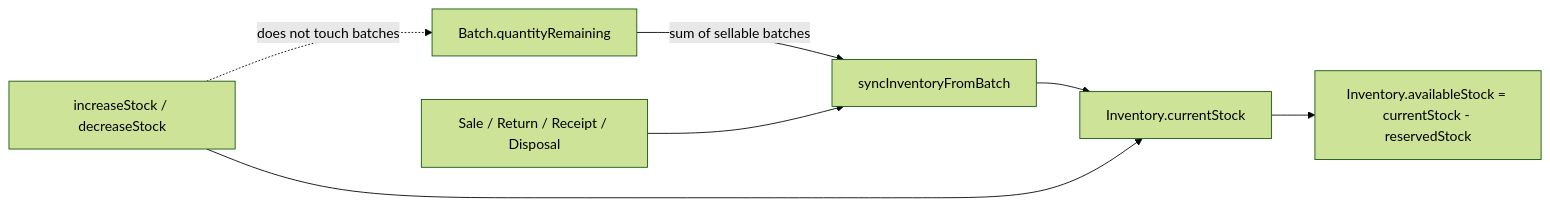
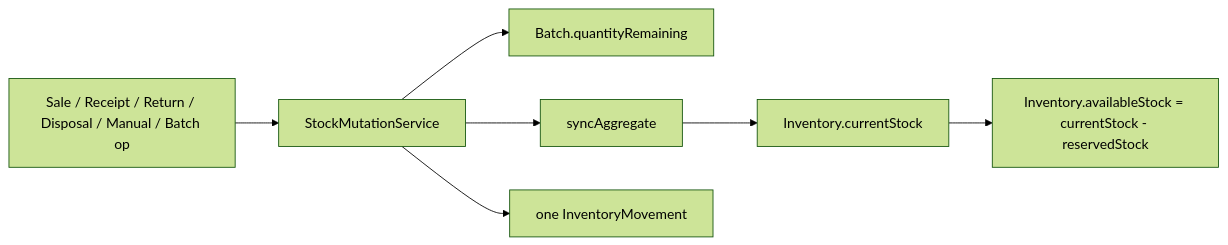
One commit to aabhushanCD/spims changed the fifth of 8 diagrams in server/docs/architecture/data-flow.md. Above: the diagram before and after it, drawn with Mermaid (forest theme). The commit also changed other lines of this file and 16 other files, not shown here.

First line of the commit message:
docs: document the Phase 2 stock write path

````diff
--- a/server/docs/architecture/data-flow.md
+++ b/server/docs/architecture/data-flow.md
@@ -167,9 +167,9 @@
 ```mermaid
 flowchart LR
-  Batch["Batch.quantityRemaining"] -->|"sum of sellable batches"| Sync["syncInventoryFromBatch"]
+  Write["Sale / Receipt / Return / Disposal / Manual / Batch op"] --> SM["StockMutationService"]
+  SM --> Batch["Batch.quantityRemaining"]
+  SM --> Sync["syncAggregate"]
   Sync --> Inv["Inventory.currentStock"]
   Inv --> Avail["Inventory.availableStock = currentStock - reservedStock"]
-  Sale["Sale / Return / Receipt / Disposal"] --> Sync
-  Direct["increaseStock / decreaseStock"] --> Inv
-  Direct -.->|"does not touch batches"| Batch
+  SM --> MV["one InventoryMovement"]
 ```
````
